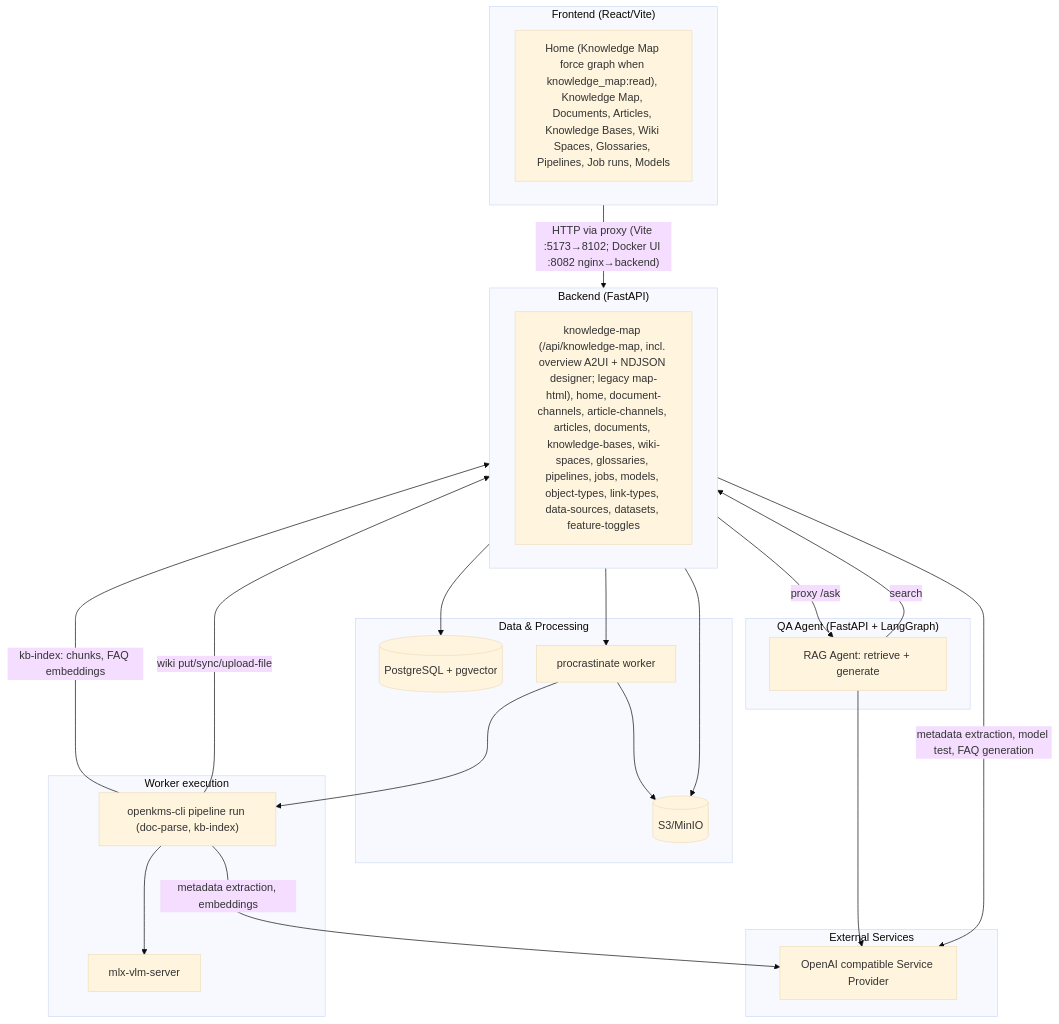
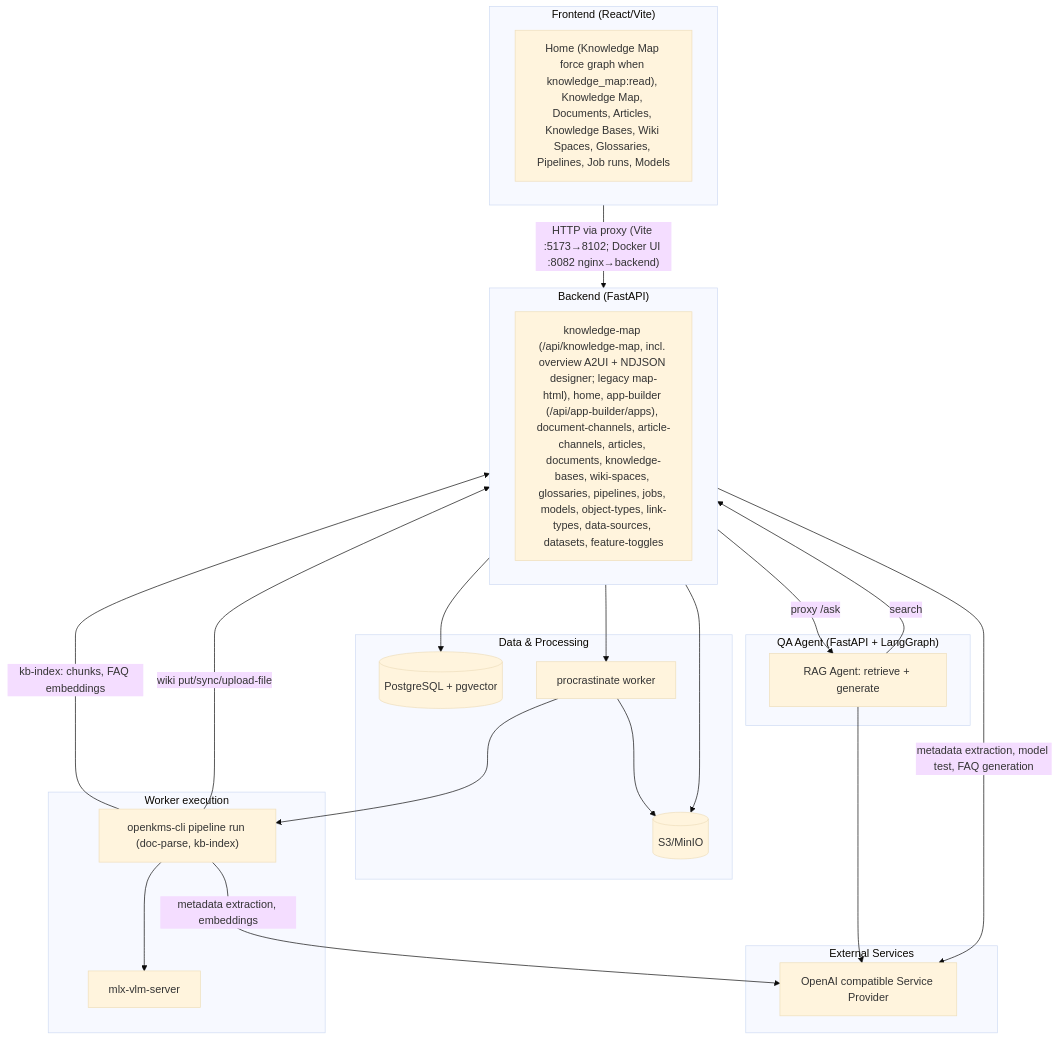
The first of 5 diagrams in docs/architecture.md (yingrui/openKMS), drawn with Mermaid (base theme) before and after one commit. The commit also changed other lines of this file and 14 other files, not shown here.

First line of the commit message:
Remove legacy ontology apps API and tighten App Builder docs.

````diff
--- a/docs/architecture.md
+++ b/docs/architecture.md
@@ -7,44 +7,44 @@
 ```mermaid
 flowchart TB
   subgraph Frontend["Frontend (React/Vite)"]
     FE["Home (Knowledge Map force graph when knowledge_map:read), Knowledge Map, Documents, Articles, Knowledge Bases, Wiki Spaces, Glossaries, Pipelines, Job runs, Models"]
   end
 
   subgraph Backend["Backend (FastAPI)"]
-    API["knowledge-map (/api/knowledge-map, incl. overview A2UI + NDJSON designer; legacy map-html), home, document-channels, article-channels, articles, documents, knowledge-bases, wiki-spaces, glossaries, pipelines, jobs, models, object-types, link-types, data-sources, datasets, feature-toggles"]
+    API["knowledge-map (/api/knowledge-map, incl. overview A2UI + NDJSON designer; legacy map-html), home, app-builder (/api/app-builder/apps), document-channels, article-channels, articles, documents, knowledge-bases, wiki-spaces, glossaries, pipelines, jobs, models, object-types, link-types, data-sources, datasets, feature-toggles"]
   end
 
   subgraph Storage["Data & Processing"]
     PG[("PostgreSQL + pgvector")]
     S3[(S3/MinIO)]
     Worker["procrastinate worker"]
   end
 
   subgraph WorkerDetail["Worker execution"]
     CLI["openkms-cli pipeline run (doc-parse, kb-index)"]
     VLM["mlx-vlm-server"]
   end
 
   subgraph QAAgent["QA Agent (FastAPI + LangGraph)"]
     Agent["RAG Agent: retrieve + generate"]
   end
 
   subgraph External["External Services"]
     LLM["OpenAI compatible Service Provider"]
   end
 
   Frontend -->|"HTTP via proxy (Vite :5173→8102; Docker UI :8082 nginx→backend)"| Backend
   Backend --> PG
   Backend --> S3
   Backend --> Worker
   Backend -->|metadata extraction, model test, FAQ generation| LLM
   Backend -->|proxy /ask| Agent
   Agent -->|search| Backend
   Agent --> LLM
   Worker --> S3
   Worker --> CLI
   CLI --> VLM
   CLI -->|metadata extraction, embeddings| LLM
   CLI -->|kb-index: chunks, FAQ embeddings| Backend
   CLI -->|wiki put/sync/upload-file| Backend
 ```
````
